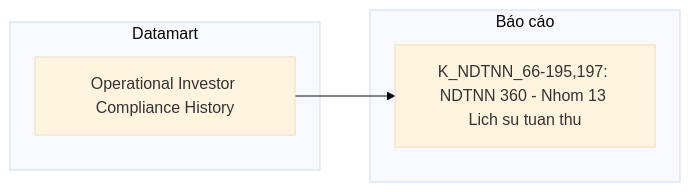
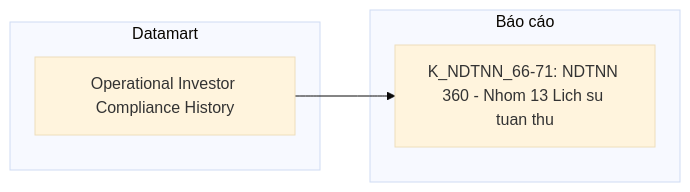
One commit to linhlvit/ubck_atomic_design changed diagram 21 of 26 in Datamart/hld/DTM_NDTNN_HLD.md. Above: the diagram before and after it, drawn with Mermaid (base theme). The commit also changed other lines of this file and 12 other files, not shown here.

````diff
--- a/Datamart/hld/DTM_NDTNN_HLD.md
+++ b/Datamart/hld/DTM_NDTNN_HLD.md
@@ -1007,10 +1008,10 @@
 ```mermaid
 flowchart LR
     subgraph Datamart["Datamart"]
         G1["Operational Investor Compliance History"]
     end
     subgraph RPT["Báo cáo"]
-        R1["K_NDTNN_66-195,197: NDTNN 360 - Nhom 13 Lich su tuan thu"]
+        R1["K_NDTNN_66-71: NDTNN 360 - Nhom 13 Lich su tuan thu"]
     end
     G1 --> R1
 ```
````
